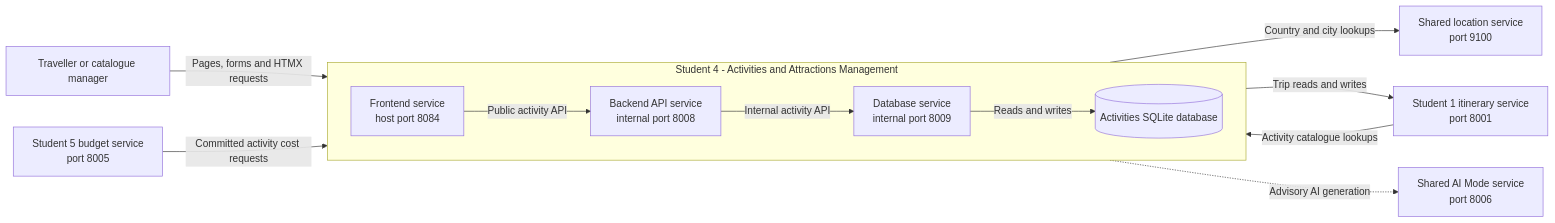
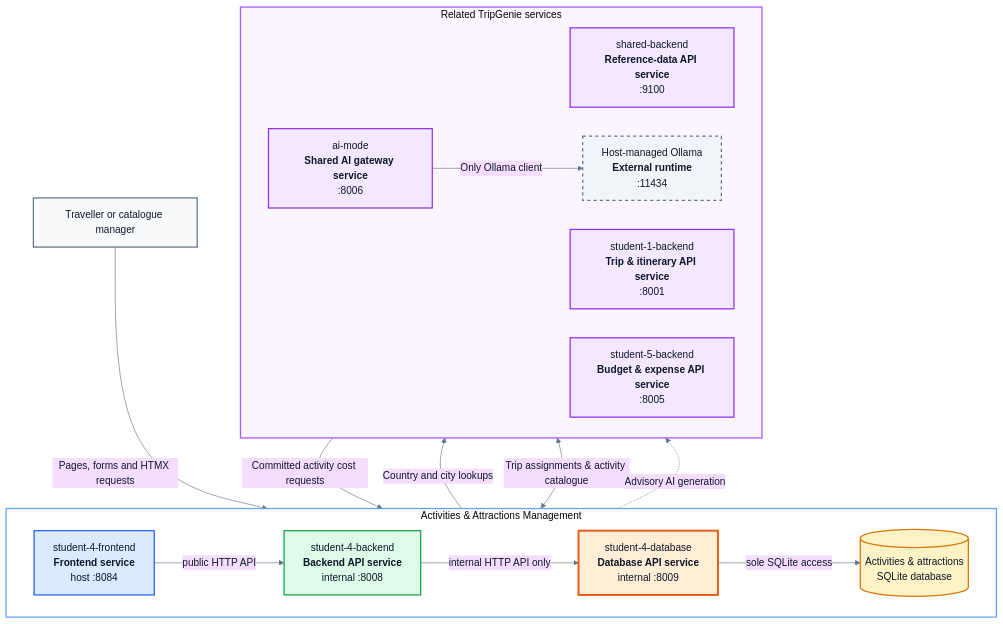
The diagram in docs/reports/release-0/Student4/Architecture/overview.md (JulianKirk/TripGenie), drawn with Mermaid before and after one commit. The commit also changed other lines of this file and 3 other files, not shown here.

Commit message:
docs: polish Student 4 architecture overview

````diff
--- a/docs/reports/release-0/Student4/Architecture/overview.md
+++ b/docs/reports/release-0/Student4/Architecture/overview.md
@@ -8,28 +12,50 @@
 ```mermaid
-flowchart LR
+%%{init: {"theme":"base","themeVariables":{"fontFamily":"Inter, ui-sans-serif, system-ui, sans-serif","primaryTextColor":"#0f172a","lineColor":"#64748b","clusterBkg":"#f8fafc","clusterBorder":"#cbd5e1"},"flowchart":{"curve":"basis","nodeSpacing":46,"rankSpacing":64}}}%%
+flowchart TB
     USER[Traveller or catalogue manager]
 
-    subgraph FEATURE[Student 4 - Activities and Attractions Management]
+    subgraph FEATURE[Activities & Attractions Management]
         direction LR
-        FRONTEND[Frontend service<br/>host port 8084]
-        BACKEND[Backend API service<br/>internal port 8008]
-        DATABASE[Database service<br/>internal port 8009]
-        STORE[(Activities SQLite database)]
+        FRONTEND[student-4-frontend<br/><b>Frontend service</b><br/>host :8084]
+        BACKEND[student-4-backend<br/><b>Backend API service</b><br/>internal :8008]
+        DATABASE[student-4-database<br/><b>Database API service</b><br/>internal :8009]
+        STORE[(Activities & attractions<br/>SQLite database)]
 
-        FRONTEND -->|Public activity API| BACKEND
-        BACKEND -->|Internal activity API| DATABASE
-        DATABASE -->|Reads and writes| STORE
+        FRONTEND -->|public HTTP API| BACKEND
+        BACKEND -->|internal HTTP API only| DATABASE
+        DATABASE -->|sole SQLite access| STORE
     end
 
-    LOCATION[Shared location service<br/>port 9100]
-    ITINERARY[Student 1 itinerary service<br/>port 8001]
-    BUDGET[Student 5 budget service<br/>port 8005]
-    AI[Shared AI Mode service<br/>port 8006]
+    subgraph RELATED[Related TripGenie services]
+        direction LR
+        LOCATION[shared-backend<br/><b>Reference-data API service</b><br/>:9100]
+        ITINERARY[student-1-backend<br/><b>Trip & itinerary API service</b><br/>:8001]
+        BUDGET[student-5-backend<br/><b>Budget & expense API service</b><br/>:8005]
+        AI[ai-mode<br/><b>Shared AI gateway service</b><br/>:8006]
+        OLLAMA[Host-managed Ollama<br/><b>External runtime</b><br/>:11434]
+    end
 
     USER -->|Pages, forms and HTMX requests| FRONTEND
     BACKEND -->|Country and city lookups| LOCATION
-    BACKEND -->|Trip reads and writes| ITINERARY
-    ITINERARY -->|Activity catalogue lookups| BACKEND
+    BACKEND <-->|Trip assignments & activity catalogue| ITINERARY
     BUDGET -->|Committed activity cost requests| BACKEND
     BACKEND -.->|Advisory AI generation| AI
+    AI -->|Only Ollama client| OLLAMA
+
+    classDef actor fill:#f8fafc,stroke:#64748b,color:#0f172a,stroke-width:2px;
+    classDef frontend fill:#dbeafe,stroke:#2563eb,color:#0f172a,stroke-width:2px;
+    classDef backend fill:#dcfce7,stroke:#16a34a,color:#0f172a,stroke-width:2px;
+    classDef dbapi fill:#ffedd5,stroke:#ea580c,color:#0f172a,stroke-width:3px;
+    classDef database fill:#fef3c7,stroke:#d97706,color:#0f172a,stroke-width:2px;
+    classDef related fill:#f3e8ff,stroke:#9333ea,color:#0f172a,stroke-width:2px;
+    classDef external fill:#f1f5f9,stroke:#64748b,color:#0f172a,stroke-width:2px,stroke-dasharray:5 5;
+    class USER actor;
+    class FRONTEND frontend;
+    class BACKEND backend;
+    class DATABASE dbapi;
+    class STORE database;
+    class LOCATION,ITINERARY,BUDGET,AI related;
+    class OLLAMA external;
+    style FEATURE fill:#ffffff,stroke:#60a5fa,stroke-width:2px;
+    style RELATED fill:#faf5ff,stroke:#a855f7,stroke-width:2px;
 ```
````
